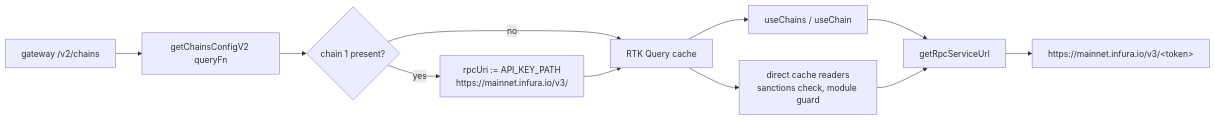
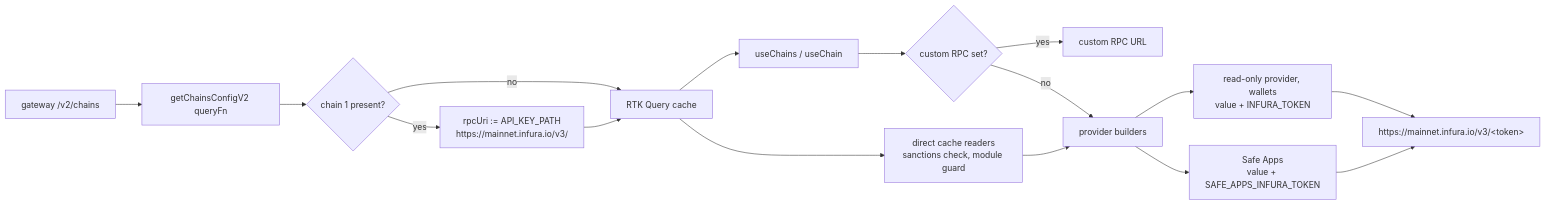
The diagram in plans/2026-11-18-mainnet-rpc.md (simplexchat/safe-wallet-monorepo), drawn with Mermaid before and after one commit. The commit also changed other lines of this file, not shown here.

Commit message:
docs(web): list every reader of the mainnet RPC in the plan

````diff
--- a/plans/2026-11-18-mainnet-rpc.md
+++ b/plans/2026-11-18-mainnet-rpc.md
@@ -37,13 +51,18 @@
 ```mermaid
 flowchart LR
   CGW["gateway /v2/chains"] --> Q["getChainsConfigV2 queryFn"]
   Q --> W{"chain 1 present?"}
   W -- yes --> R["rpcUri := API_KEY_PATH<br/>https://mainnet.infura.io/v3/"]
   W -- no --> C
   R --> C["RTK Query cache"]
   C --> H["useChains / useChain"]
   C --> D["direct cache readers<br/>sanctions check, module guard"]
-  H --> U["getRpcServiceUrl"]
-  D --> U
+  H --> X{"custom RPC set?"}
+  X -- yes --> CU["custom RPC URL"]
+  X -- no --> P["provider builders"]
+  D --> P
+  P --> U["read-only provider, wallets<br/>value + INFURA_TOKEN"]
+  P --> S["Safe Apps<br/>value + SAFE_APPS_INFURA_TOKEN"]
   U --> I["https://mainnet.infura.io/v3/&lt;token&gt;"]
+  S --> I
 ```
````
